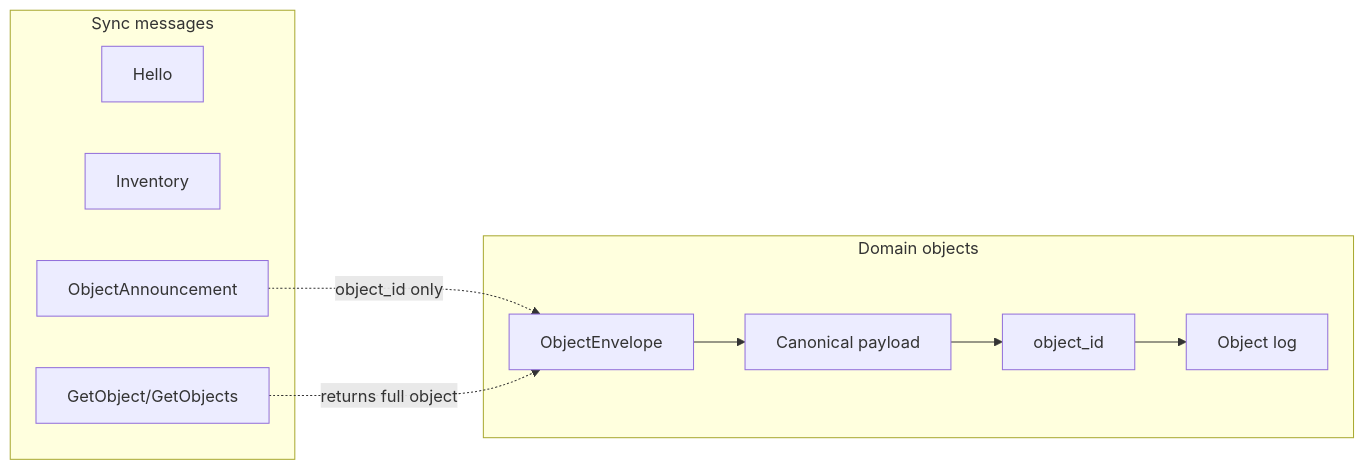
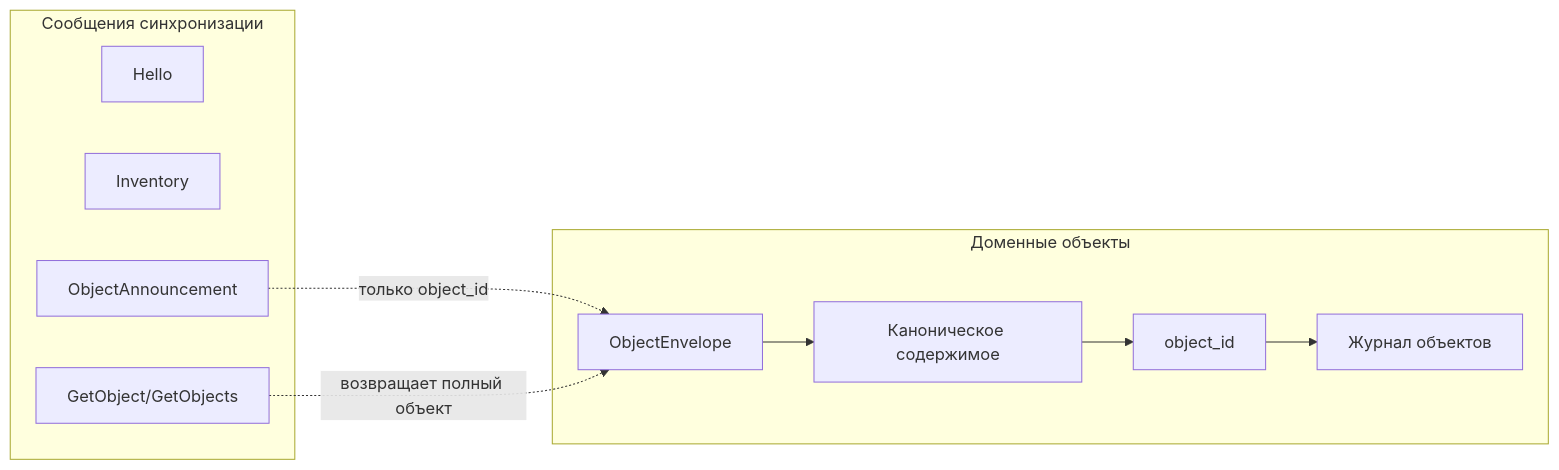
Before and after one commit to arshtanko/librevote: the sixth of 17 diagrams in librevote-presentation-ru.md, drawn with Mermaid. The commit also changed other lines of this file, not shown here.

````diff
--- a/librevote-presentation-ru.md
+++ b/librevote-presentation-ru.md
@@ -163,20 +189,20 @@
 ```mermaid
 flowchart LR
-  subgraph Domain[Domain objects]
+  subgraph Domain[Доменные объекты]
     OE[ObjectEnvelope]
-    Payload[Canonical payload]
+    Payload[Каноническое содержимое]
     ID[object_id]
-    Log[Object log]
+    Log[Журнал объектов]
     OE --> Payload --> ID --> Log
   end
 
-  subgraph Sync[Sync messages]
+  subgraph Sync[Сообщения синхронизации]
     Hello[Hello]
     Inv[Inventory]
     Ann[ObjectAnnouncement]
     Get[GetObject/GetObjects]
   end
 
-  Ann -. object_id only .-> OE
-  Get -. returns full object .-> OE
+  Ann -. только object_id .-> OE
+  Get -. возвращает полный объект .-> OE
 ```
````
